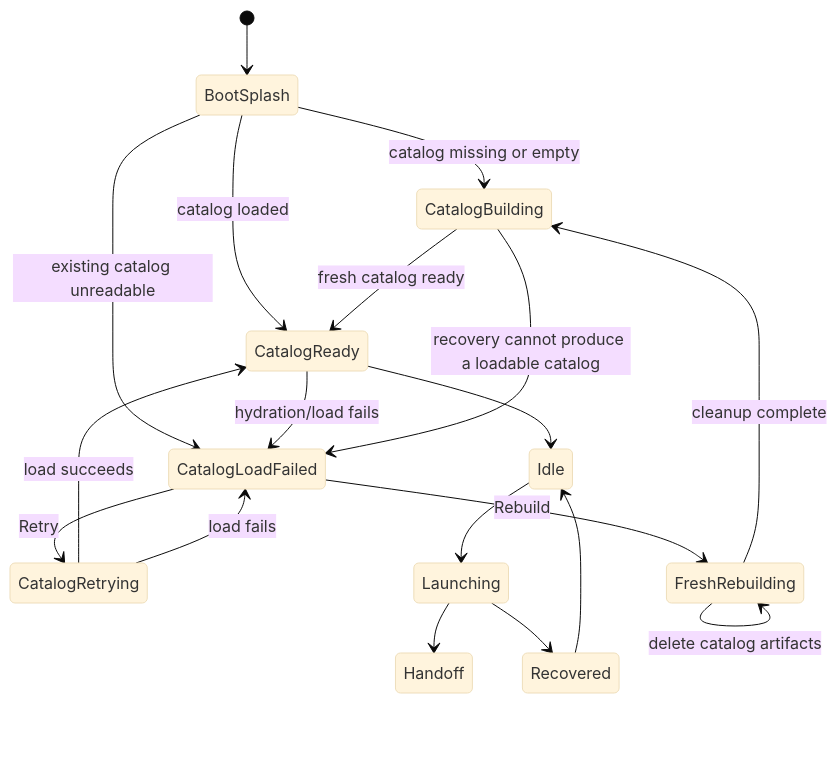
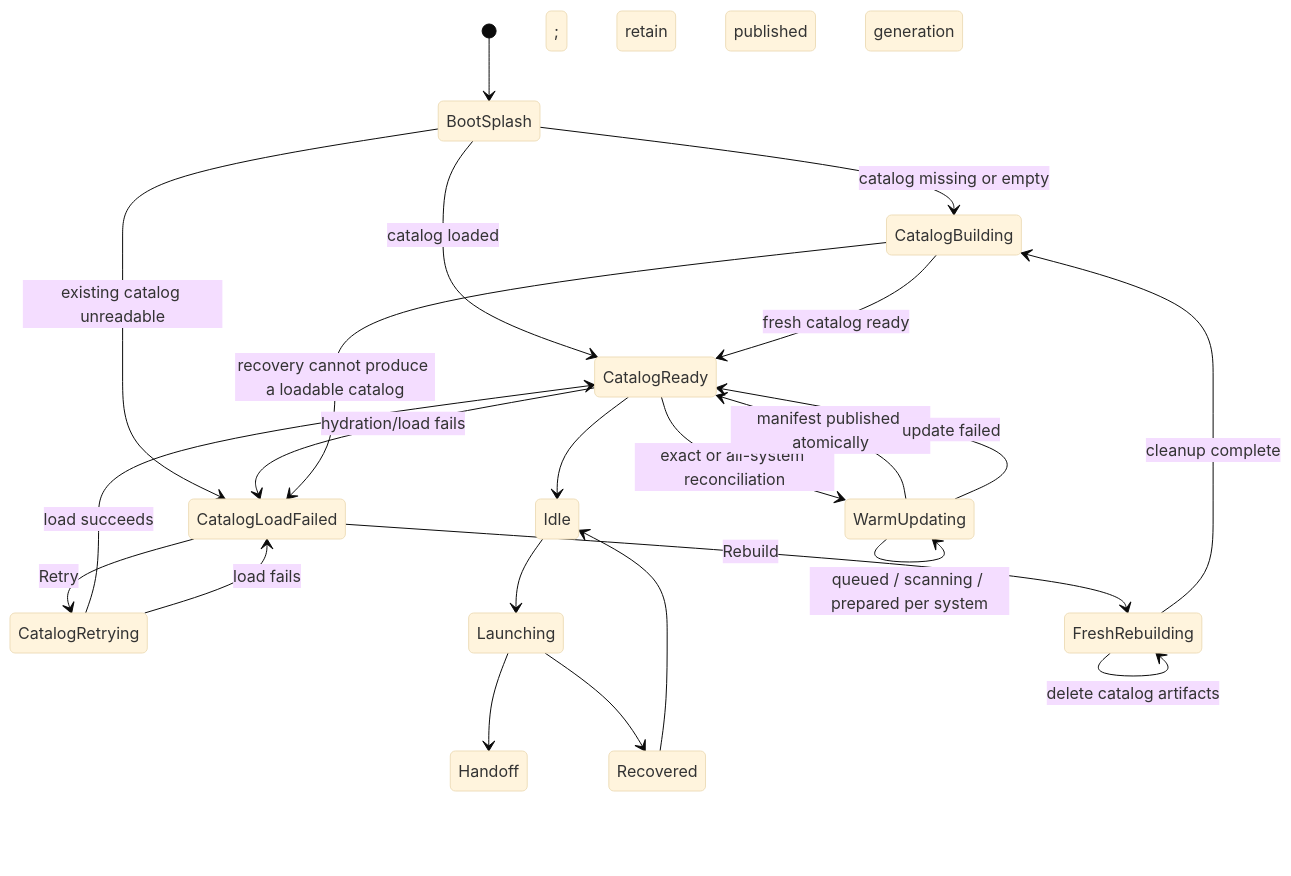
Before and after one commit to NigelBreslaw/MiSTer-MagiK: the second of 4 diagrams in docs/architecture.md, drawn with Mermaid (base theme). The commit also changed other lines of this file and 1 other file, not shown here.

Commit message:
docs(catalog): document rebuild and purge behavior

````diff
--- a/docs/architecture.md
+++ b/docs/architecture.md
@@ -376,25 +376,30 @@
 ```mermaid
 stateDiagram-v2
     [*] --> BootSplash
     BootSplash --> CatalogBuilding: catalog missing or empty
     BootSplash --> CatalogReady: catalog loaded
     BootSplash --> CatalogLoadFailed: existing catalog unreadable
+
+    CatalogReady --> WarmUpdating: exact or all-system reconciliation
+    WarmUpdating --> WarmUpdating: queued / scanning / prepared per system
+    WarmUpdating --> CatalogReady: manifest published atomically
+    WarmUpdating --> CatalogReady: update failed; retain published generation
 
     CatalogReady --> CatalogLoadFailed: hydration/load fails
     CatalogLoadFailed --> CatalogRetrying: Retry
     CatalogRetrying --> CatalogReady: load succeeds
     CatalogRetrying --> CatalogLoadFailed: load fails
 
     CatalogLoadFailed --> FreshRebuilding: Rebuild
     FreshRebuilding --> FreshRebuilding: builder lock acquired
     FreshRebuilding --> FreshRebuilding: delete catalog artifacts
     FreshRebuilding --> CatalogBuilding: cleanup complete
     CatalogBuilding --> CatalogReady: fresh catalog ready
     CatalogBuilding --> CatalogLoadFailed: recovery cannot produce a loadable catalog
 
     CatalogReady --> Idle
     Idle --> Launching
     Launching --> Handoff
     Launching --> Recovered
     Recovered --> Idle
 ```
````
